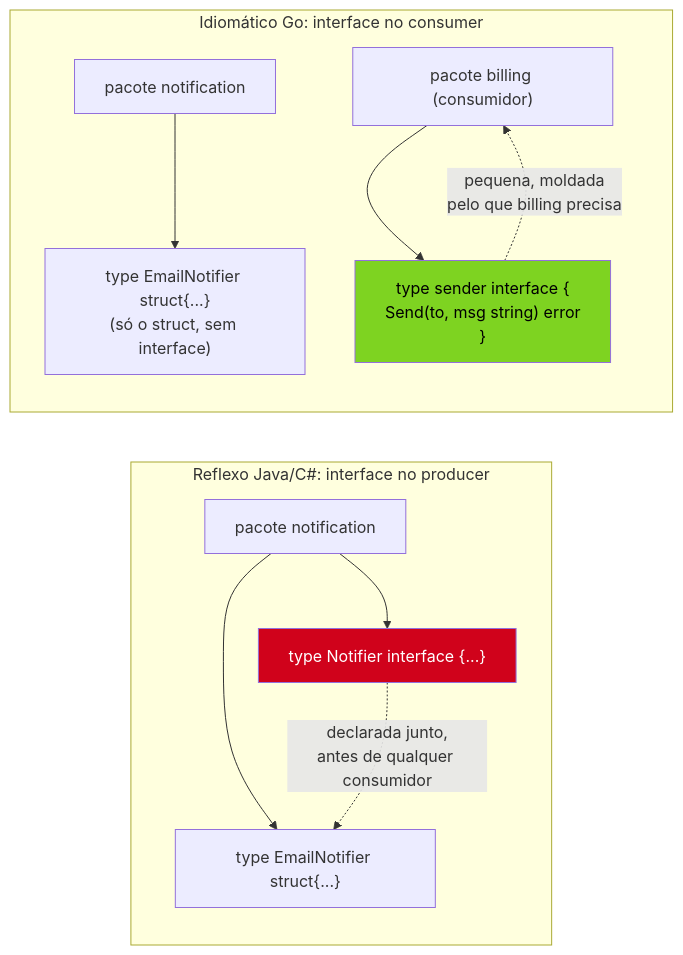
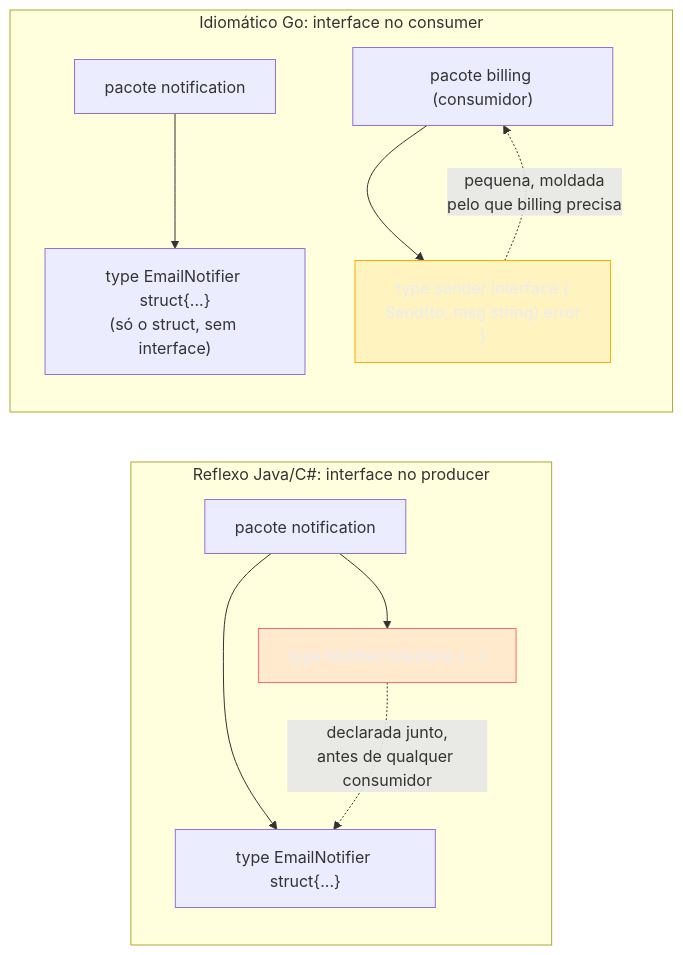
One commit to josenaldo/codex-technomanticus changed the diagram in 03-Dominios/Tecnologia/Go/03 - Interfaces e composição/08 - Design idiomático de interfaces.md. Above: the diagram before and after it, drawn with Mermaid. The commit also changed 1181 other files, not shown here.

First line of the commit message:
fix(diagramas): paleta do sistema no lugar de cor cravada no markdown

````diff
--- a/03-Dominios/Tecnologia/Go/03 - Interfaces e composição/08 - Design idiomático de interfaces.md
+++ b/03-Dominios/Tecnologia/Go/03 - Interfaces e composição/08 - Design idiomático de interfaces.md
@@ -52,19 +52,21 @@
 ```mermaid
 flowchart LR
+    classDef falha fill:#FF6B6B24,stroke:#FF6B6B,color:#E9ECF2
+    classDef destaque fill:#FFAA0024,stroke:#FFAA00,color:#E9ECF2
     subgraph Errado["Reflexo Java/C#: interface no producer"]
         direction TB
         P1["pacote notification"] --> P2["type Notifier interface {...}"]
         P1 --> P3["type EmailNotifier struct{...}"]
         P2 -.->|"declarada junto,\nantes de qualquer consumidor"| P3
     end
 
     subgraph Certo["Idiomático Go: interface no consumer"]
         direction TB
         C1["pacote notification"] --> C2["type EmailNotifier struct{...}\n(só o struct, sem interface)"]
         D1["pacote billing (consumidor)"] --> D2["type sender interface {\n  Send(to, msg string) error\n}"]
         D2 -.->|"pequena, moldada\npelo que billing precisa"| D1
     end
 
-    style P2 fill:#D0021B,color:#fff
-    style D2 fill:#7ED321,color:#000
+    class P2 falha
+    class D2 destaque
 ```
````
